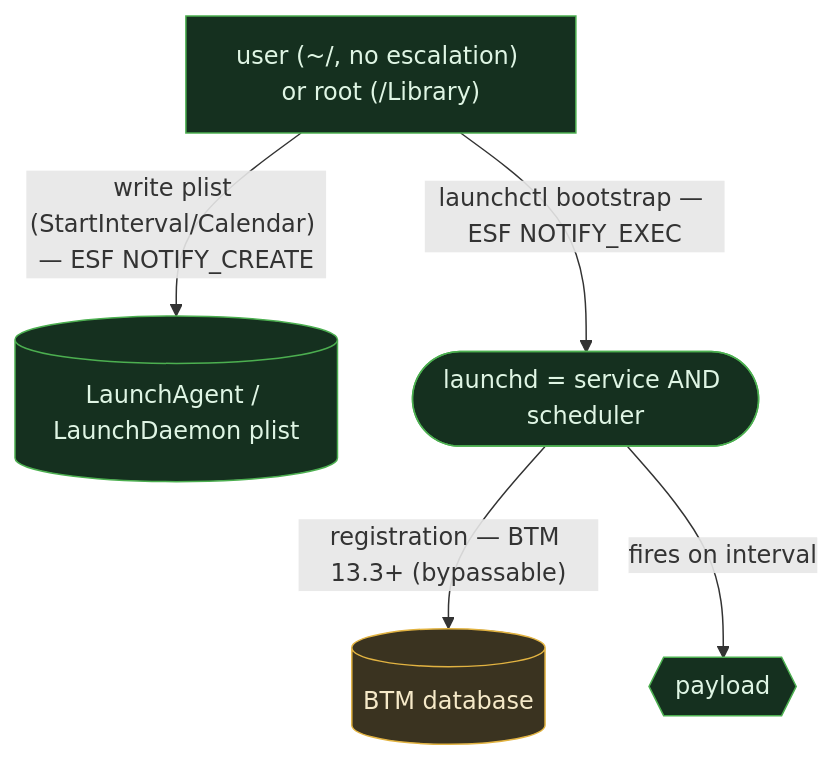
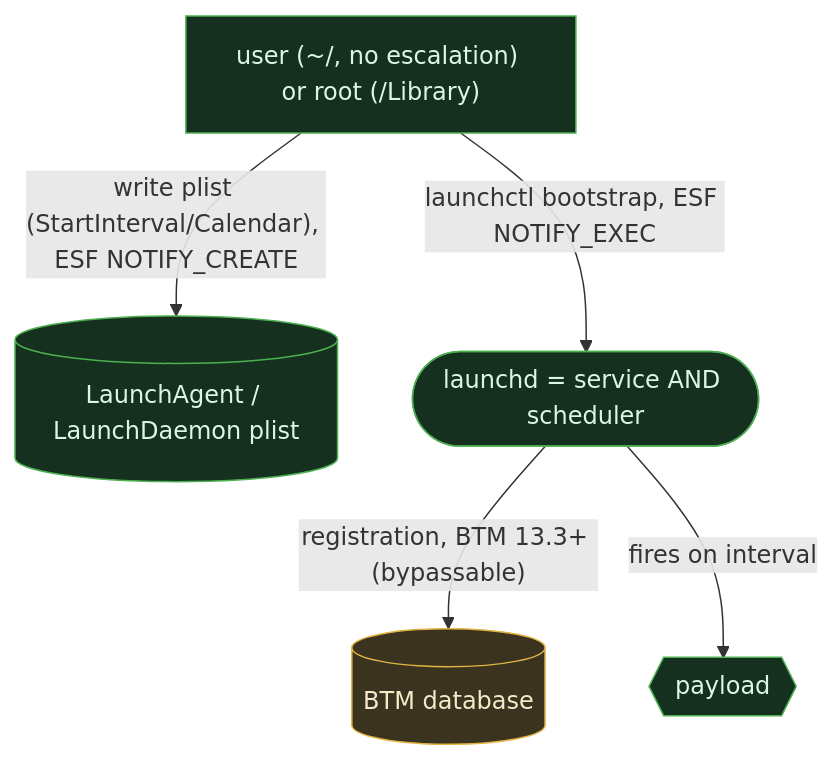
One commit to iimp0ster/os-internals-de-guide changed the fourth of 4 diagrams in src/persistence/02-scheduled.md. Above: the diagram before and after it, drawn with Mermaid. The commit also changed other lines of this file and 53 other files, not shown here.

````diff
--- a/src/persistence/02-scheduled.md
+++ b/src/persistence/02-scheduled.md
@@ -109,9 +105,9 @@
 ```mermaid
 flowchart TB
-    P["user (~/, no escalation) or root (/Library)"]:::seen -->|"write plist (StartInterval/Calendar) — ESF NOTIFY_CREATE"| CFG[("LaunchAgent / LaunchDaemon plist")]:::seen
-    P -->|"launchctl bootstrap — ESF NOTIFY_EXEC"| SCH(["launchd = service AND scheduler"]):::seen
-    SCH -->|"registration — BTM 13.3+ (bypassable)"| BTM[("BTM database")]:::part
+    P["user (~/, no escalation) or root (/Library)"]:::seen -->|"write plist (StartInterval/Calendar), ESF NOTIFY_CREATE"| CFG[("LaunchAgent / LaunchDaemon plist")]:::seen
+    P -->|"launchctl bootstrap, ESF NOTIFY_EXEC"| SCH(["launchd = service AND scheduler"]):::seen
+    SCH -->|"registration, BTM 13.3+ (bypassable)"| BTM[("BTM database")]:::part
     SCH -->|"fires on interval"| PAY{{"payload"}}:::seen
     classDef seen fill:#15301f,stroke:#4caf50,color:#dff5e4;
     classDef part fill:#3a3320,stroke:#e2b341,color:#f5e9c8;
 ```
````
